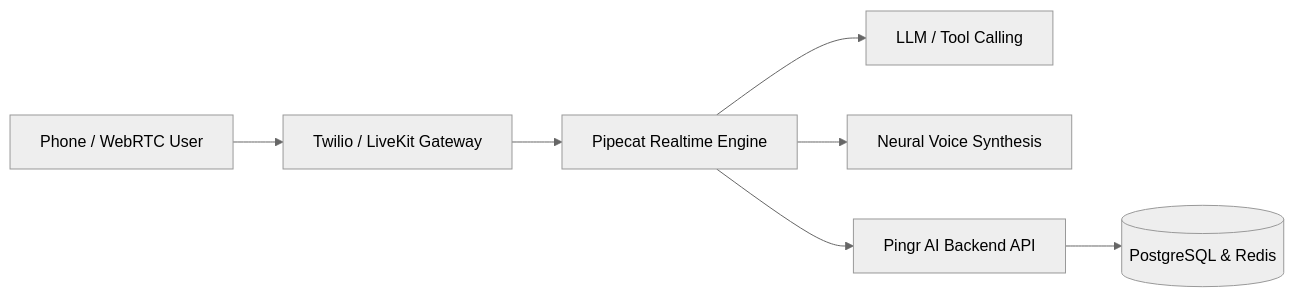
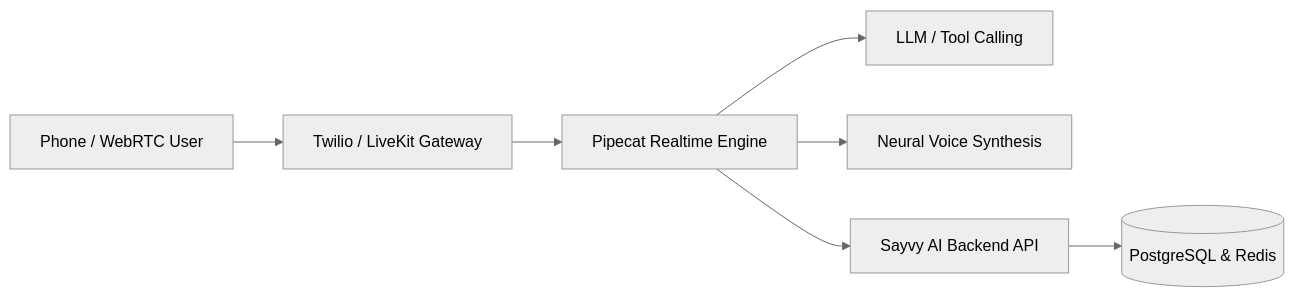
One commit to Roadmast/Zeply_Docs changed the diagram in introduction.mdx. Above: the diagram before and after it, drawn with Mermaid (neutral theme). The commit also changed other lines of this file and 86 other files, not shown here.

````diff
--- a/introduction.mdx
+++ b/introduction.mdx
@@ -62,9 +62,9 @@
 ```mermaid
 graph LR
     User[Phone / WebRTC User] --> Gateway[Twilio / LiveKit Gateway]
     Gateway --> Pipecat[Pipecat Realtime Engine]
     Pipecat --> LLM[LLM / Tool Calling]
     Pipecat --> TTS[Neural Voice Synthesis]
-    Pipecat --> PingrCore[Pingr AI Backend API]
-    PingrCore --> DB[(PostgreSQL & Redis)]
+    Pipecat --> SayvyCore[Sayvy AI Backend API]
+    SayvyCore --> DB[(PostgreSQL & Redis)]
 ```
````
